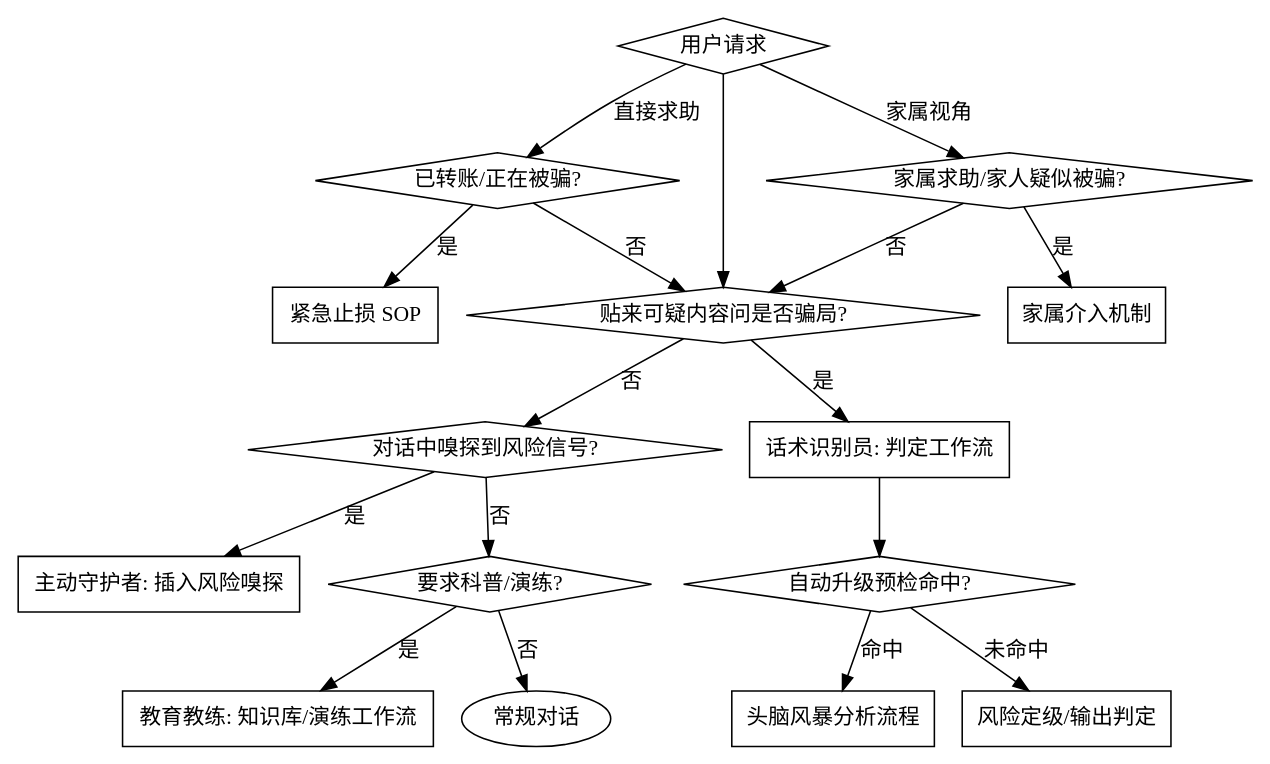
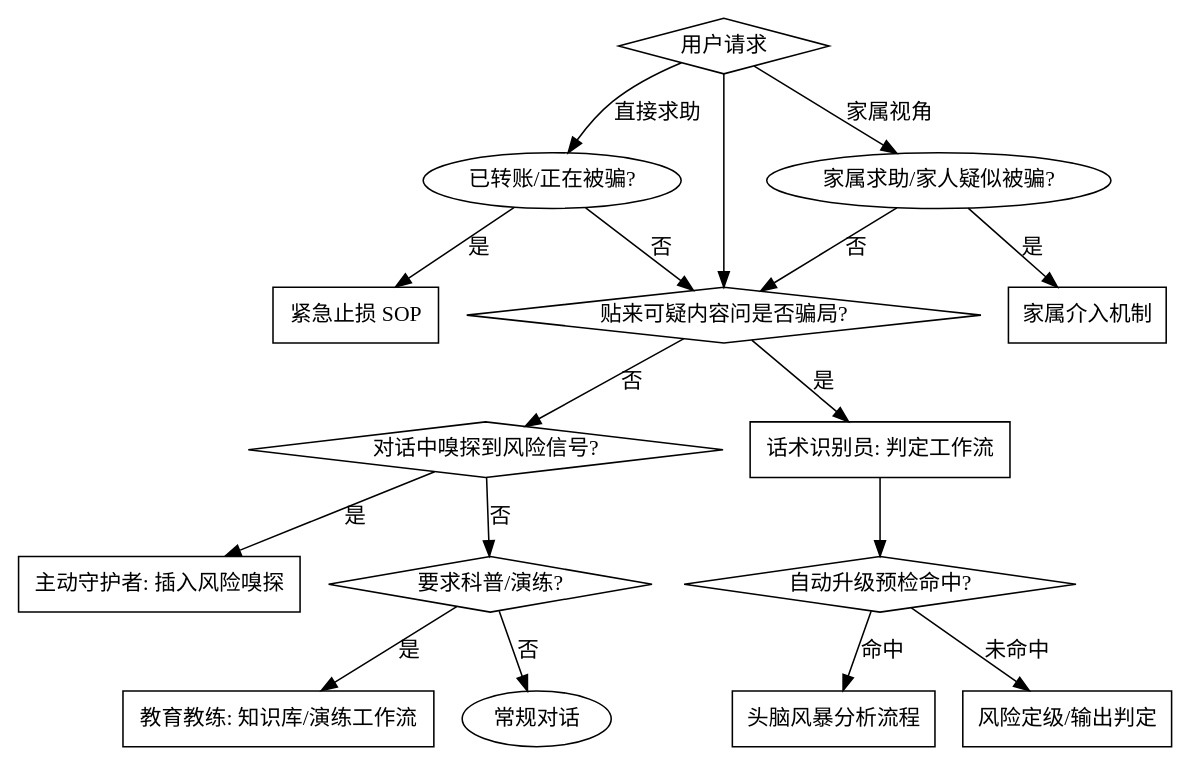
One commit to ebandao777-oss/anti-fraud changed the diagram in SKILL.md. Above: the diagram before and after it, drawn with Graphviz. The commit also changed other lines of this file and 11 other files, not shown here.

````diff
--- a/SKILL.md
+++ b/SKILL.md
@@ -16,35 +16,33 @@
 ```dot
 digraph route {
     "用户请求" [shape=diamond];
     "贴来可疑内容问是否骗局?" [shape=diamond];
     "对话中嗅探到风险信号?" [shape=diamond];
     "要求科普/演练?" [shape=diamond];
     "自动升级预检命中?" [shape=diamond];
     "话术识别员: 判定工作流" [shape=box];
     "头脑风暴分析流程" [shape=box];
     "风险定级/输出判定" [shape=box];
     "主动守护者: 插入风险嗅探" [shape=box];
     "教育教练: 知识库/演练工作流" [shape=box];
 
     "用户请求" -> "贴来可疑内容问是否骗局?";
     "用户请求" -> "已转账/正在被骗?" [label="直接求助"];
     "用户请求" -> "家属求助/家人疑似被骗?" [label="家属视角"];
-    "已转账/正在被骗?" [shape=diamond];
-    "家属求助/家人疑似被骗?" [shape=diamond];
     "紧急止损 SOP" [shape=box];
     "家属介入机制" [shape=box];
     "已转账/正在被骗?" -> "紧急止损 SOP" [label="是"];
     "已转账/正在被骗?" -> "贴来可疑内容问是否骗局?" [label="否"];
     "家属求助/家人疑似被骗?" -> "家属介入机制" [label="是"];
     "家属求助/家人疑似被骗?" -> "贴来可疑内容问是否骗局?" [label="否"];
     "贴来可疑内容问是否骗局?" -> "话术识别员: 判定工作流" [label="是"];
     "话术识别员: 判定工作流" -> "自动升级预检命中?";
     "自动升级预检命中?" -> "头脑风暴分析流程" [label="命中"];
     "自动升级预检命中?" -> "风险定级/输出判定" [label="未命中"];
     "贴来可疑内容问是否骗局?" -> "对话中嗅探到风险信号?" [label="否"];
     "对话中嗅探到风险信号?" -> "主动守护者: 插入风险嗅探" [label="是"];
     "对话中嗅探到风险信号?" -> "要求科普/演练?" [label="否"];
     "要求科普/演练?" -> "教育教练: 知识库/演练工作流" [label="是"];
     "要求科普/演练?" -> "常规对话" [label="否"];
 }
 ```
````
